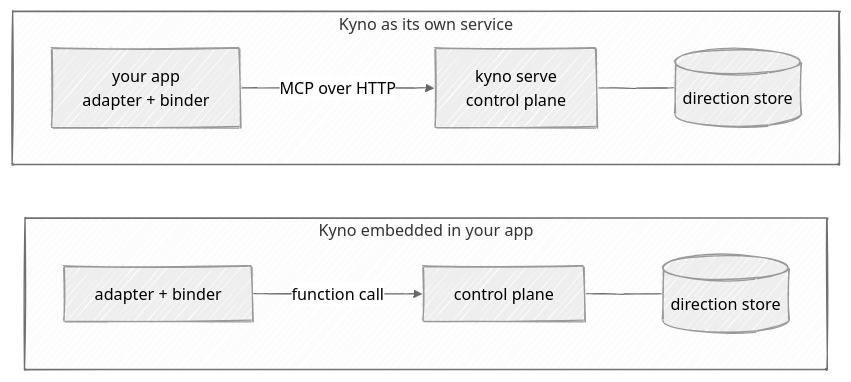
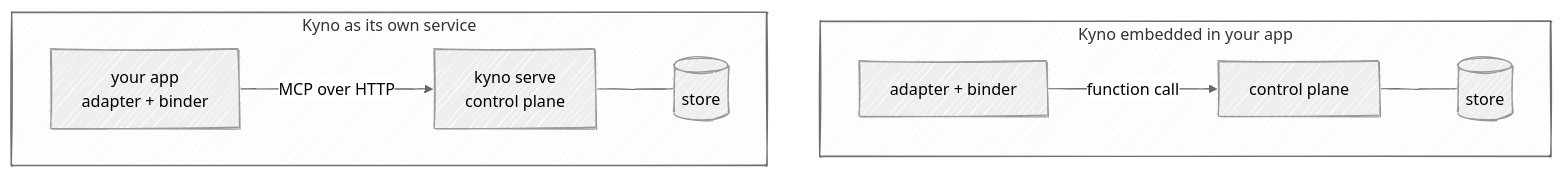
The second of 2 diagrams in docs/adapters.md (cizambra/kyno), drawn with Mermaid before and after one commit.

Commit message:
Deployment shapes at two-thirds scale

````diff
--- a/docs/adapters.md
+++ b/docs/adapters.md
@@ -99,19 +99,18 @@
 ```mermaid
 ---
 config:
   look: handDrawn
   theme: neutral
 ---
 flowchart TB
+  subgraph emb["Kyno embedded in your app"]
+    direction LR
+    B2["adapter + binder"] -- "function call" --> K2["control plane"]
+    K2 --- S2[("store")]
+  end
   subgraph svc["Kyno as its own service"]
     direction LR
     A1["your app<br/>adapter + binder"] -- "MCP over HTTP" --> K1["kyno serve<br/>control plane"]
-    K1 --- S1[("direction store")]
+    K1 --- S1[("store")]
   end
-  subgraph emb["Kyno embedded in your app"]
-    direction LR
-    B2["adapter + binder"] -- "function call" --> K2["control plane"]
-    K2 --- S2[("direction store")]
-  end
-  svc ~~~ emb
 ```
````
